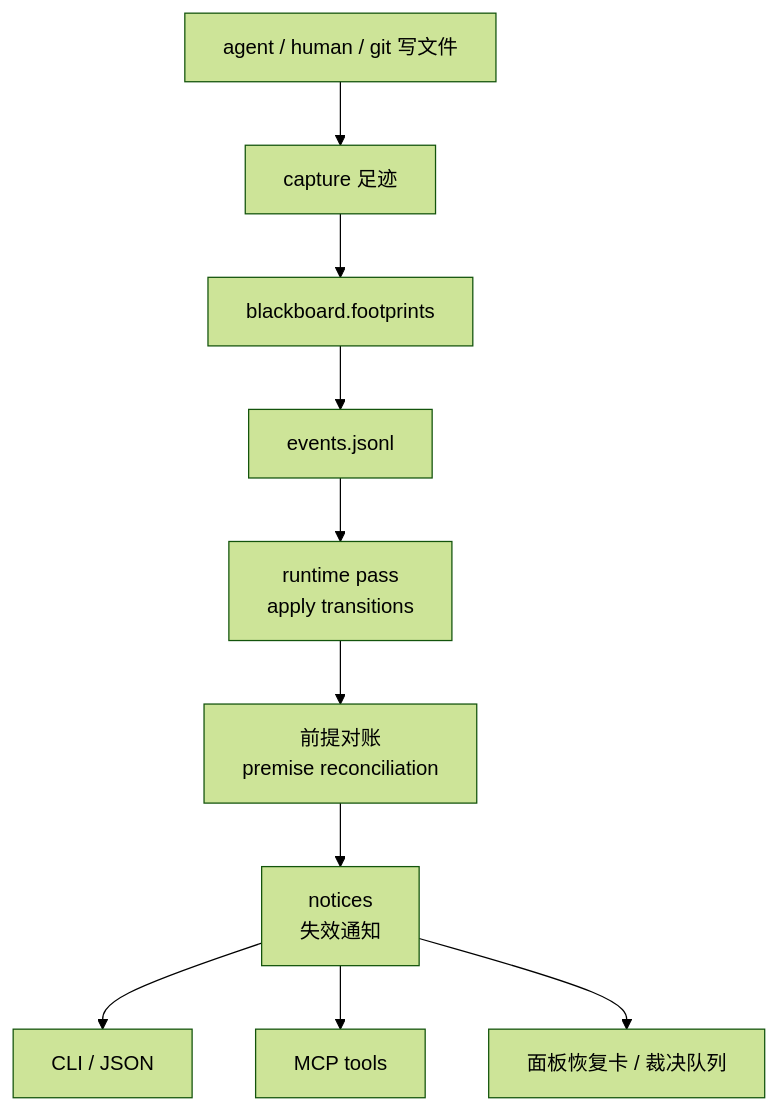
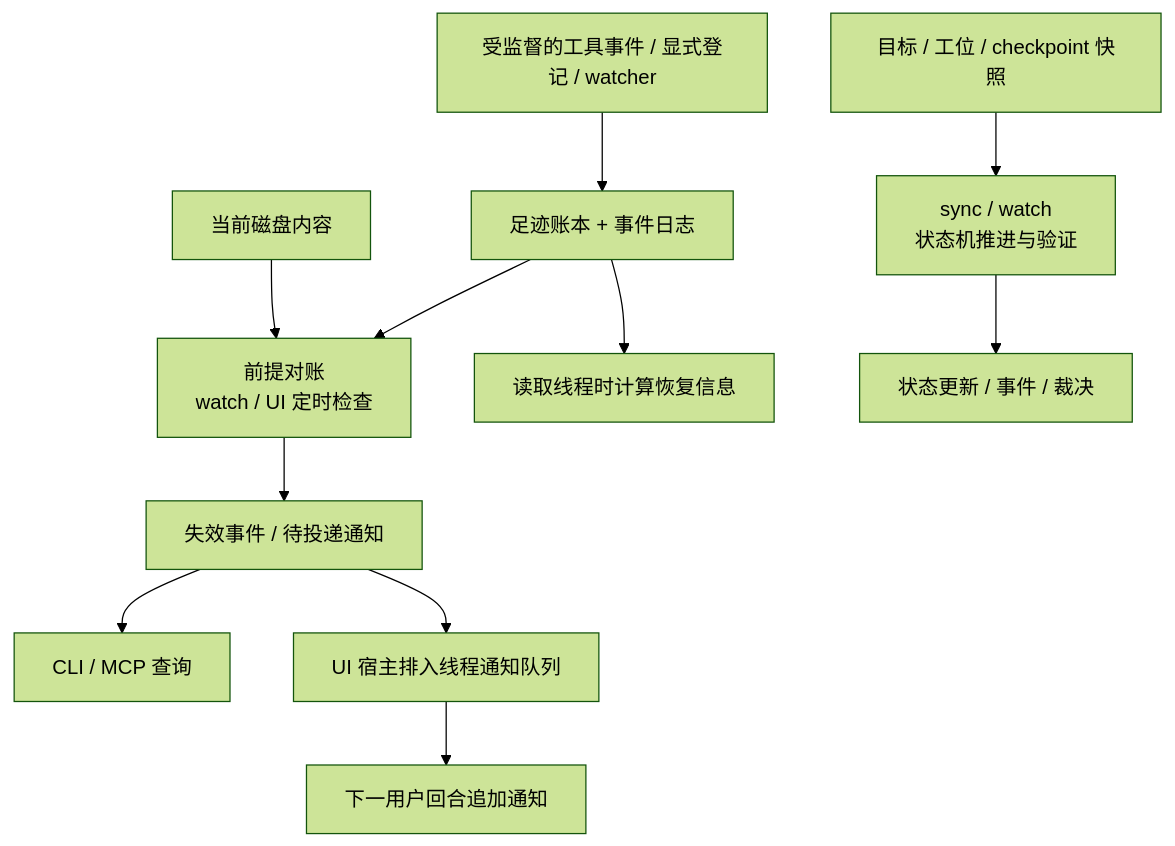
One commit to Baixu22/VerseSpace changed the second of 4 diagrams in README.md. Above: the diagram before and after it, drawn with Mermaid (forest theme). The commit also changed other lines of this file and 8 other files, not shown here.

````diff
--- a/README.md
+++ b/README.md
@@ -133,12 +149,13 @@
 ```mermaid
 flowchart TB
-  W[agent / human / git 写文件] --> C[capture 足迹]
-  C --> F[blackboard.footprints]
-  F --> E[events.jsonl]
-  E --> R[runtime pass<br/>apply transitions]
-  R --> P[前提对账<br/>premise reconciliation]
-  P --> N[notices<br/>失效通知]
-  N --> S1[CLI / JSON]
-  N --> S2[MCP tools]
-  N --> S3[面板恢复卡 / 裁决队列]
+  W[受监督的工具事件 / 显式登记 / watcher] --> F[足迹账本 + 事件日志]
+  F --> P[前提对账<br/>watch / UI 定时检查]
+  D[当前磁盘内容] --> P
+  P --> N[失效事件 / 待投递通知]
+  N --> S1[CLI / MCP 查询]
+  N --> Q[UI 宿主排入线程通知队列]
+  Q --> U[下一用户回合追加通知]
+  F --> S2[读取线程时计算恢复信息]
+  BB[目标 / 工位 / checkpoint 快照] --> R[sync / watch<br/>状态机推进与验证]
+  R --> E[状态更新 / 事件 / 裁决]
 ```
````
